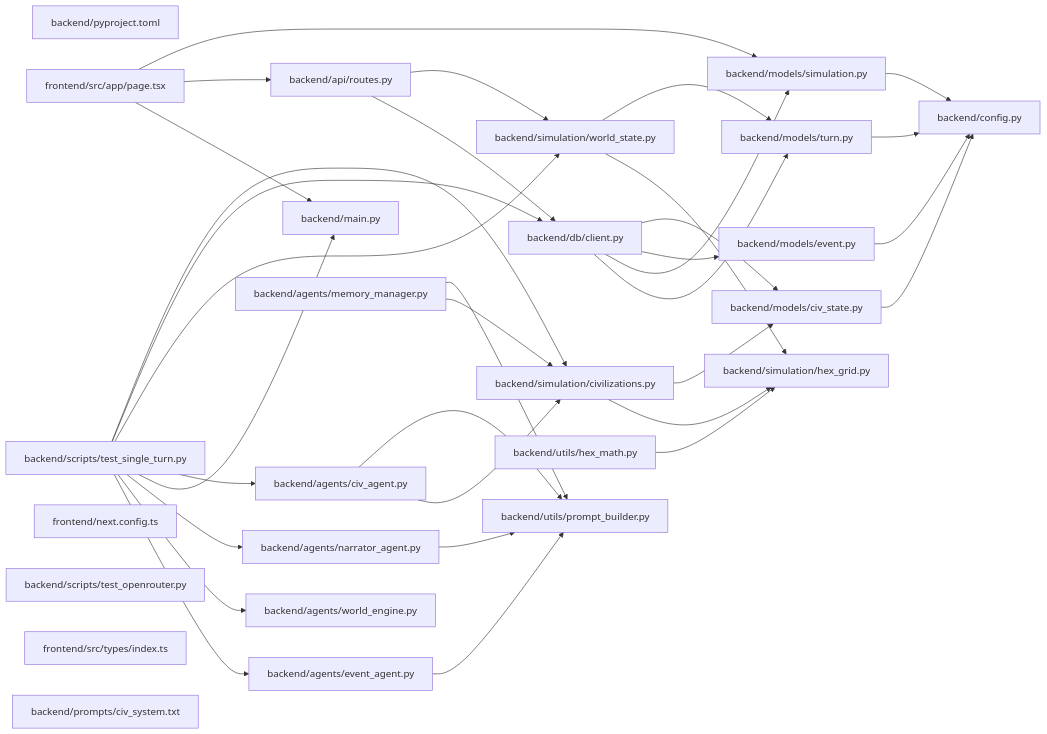
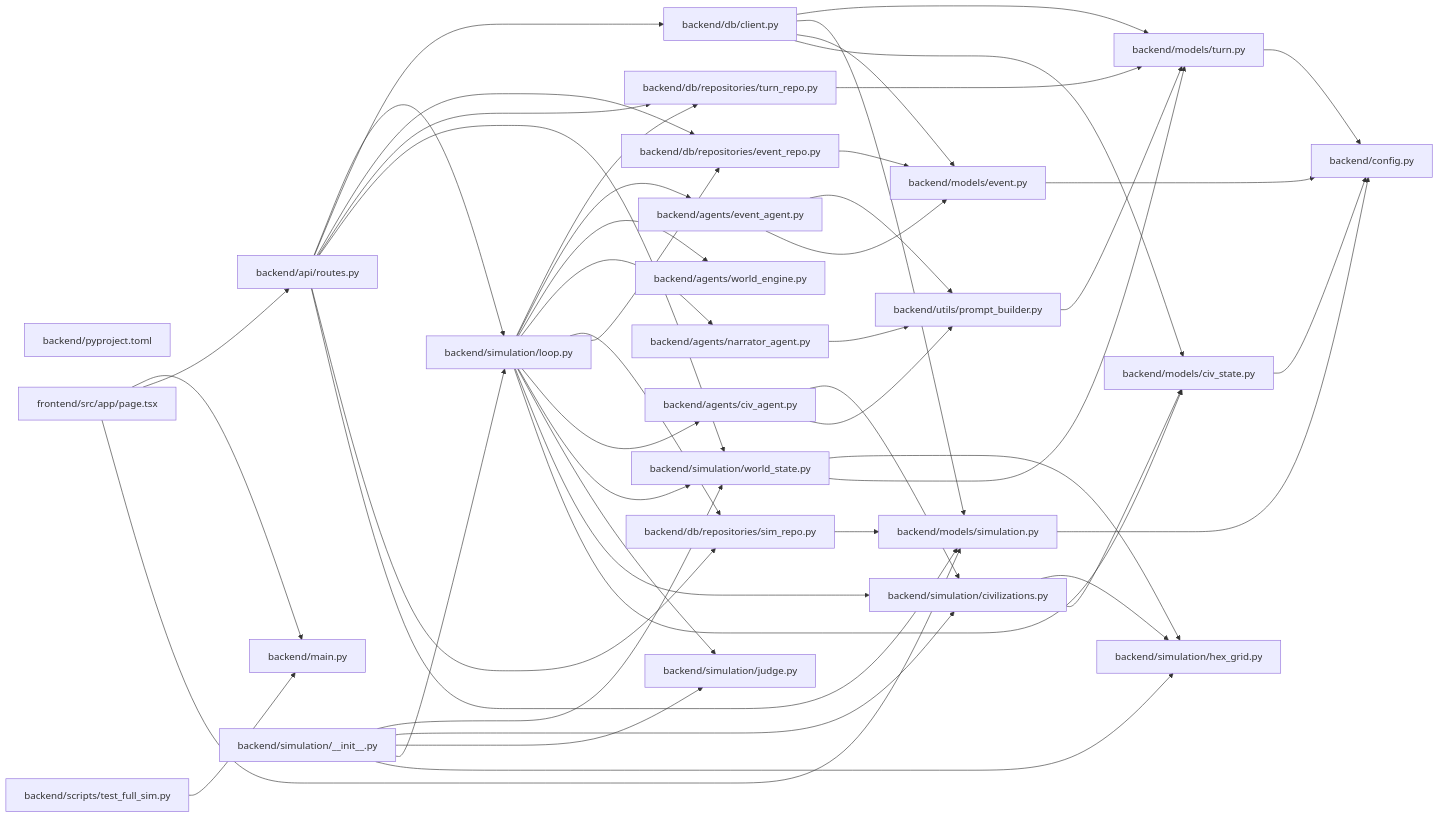
Before and after one commit to madhavv-xd/civilex: the diagram in CONTEXT.md, drawn with Mermaid. The commit also changed other lines of this file and 4 other files, not shown here.

````diff
--- a/CONTEXT.md
+++ b/CONTEXT.md
@@ -658,60 +926,76 @@
 ```mermaid
 graph LR
     f0["backend/models/civ_state.py"]
     f1["backend/models/simulation.py"]
-    f2["backend/main.py"]
-    f3["backend/pyproject.toml"]
+    f2["backend/api/routes.py"]
+    f3["backend/main.py"]
     f4["backend/models/turn.py"]
-    f5["backend/utils/prompt_builder.py"]
+    f5["backend/models/event.py"]
     f6["backend/simulation/civilizations.py"]
     f7["backend/simulation/hex_grid.py"]
     f8["backend/db/client.py"]
-    f9["backend/models/event.py"]
-    f10["backend/api/routes.py"]
-    f11["backend/simulation/world_state.py"]
-    f12["backend/config.py"]
-    f13["frontend/src/app/page.tsx"]
-    f14["backend/agents/civ_agent.py"]
-    f15["backend/agents/event_agent.py"]
-    f16["backend/agents/narrator_agent.py"]
-    f17["backend/agents/world_engine.py"]
-    f18["backend/scripts/test_single_turn.py"]
-    f19["frontend/next.config.ts"]
-    f20["backend/agents/memory_manager.py"]
-    f21["backend/scripts/test_openrouter.py"]
-    f22["backend/utils/hex_math.py"]
-    f23["frontend/src/types/index.ts"]
-    f24["backend/prompts/civ_system.txt"]
-    f0 --> f12
-    f1 --> f12
-    f4 --> f12
+    f9["backend/pyproject.toml"]
+    f10["backend/utils/prompt_builder.py"]
+    f11["backend/simulation/__init__.py"]
+    f12["backend/simulation/world_state.py"]
+    f13["backend/config.py"]
+    f14["backend/db/repositories/event_repo.py"]
+    f15["backend/db/repositories/sim_repo.py"]
+    f16["backend/db/repositories/turn_repo.py"]
+    f17["backend/simulation/loop.py"]
+    f18["frontend/src/app/page.tsx"]
+    f19["backend/simulation/judge.py"]
+    f20["backend/scripts/test_full_sim.py"]
+    f21["backend/agents/civ_agent.py"]
+    f22["backend/agents/event_agent.py"]
+    f23["backend/agents/narrator_agent.py"]
+    f24["backend/agents/world_engine.py"]
+    f0 --> f13
+    f1 --> f13
+    f2 --> f17
+    f2 --> f8
+    f2 --> f14
+    f2 --> f16
+    f2 --> f12
+    f2 --> f15
+    f2 --> f1
+    f4 --> f13
+    f5 --> f13
     f6 --> f7
     f6 --> f0
     f8 --> f4
     f8 --> f1
-    f8 --> f9
+    f8 --> f5
     f8 --> f0
-    f9 --> f12
-    f10 --> f8
-    f10 --> f11
+    f10 --> f4
+    f11 --> f12
+    f11 --> f6
+    f11 --> f19
+    f11 --> f17
     f11 --> f7
-    f11 --> f4
-    f13 --> f2
-    f13 --> f10
-    f13 --> f1
-    f14 --> f6
+    f12 --> f7
+    f12 --> f4
     f14 --> f5
-    f15 --> f5
-    f16 --> f5
-    f18 --> f15
-    f18 --> f17
-    f18 --> f16
+    f15 --> f1
+    f16 --> f4
+    f17 --> f16
+    f17 --> f22
+    f17 --> f24
+    f17 --> f23
+    f17 --> f15
+    f17 --> f14
+    f17 --> f21
+    f17 --> f12
+    f17 --> f19
+    f17 --> f6
+    f17 --> f0
+    f18 --> f3
     f18 --> f2
-    f18 --> f14
-    f18 --> f11
-    f18 --> f8
-    f18 --> f6
-    f20 --> f6
-    f20 --> f5
-    f22 --> f7
+    f18 --> f1
+    f20 --> f3
+    f21 --> f6
+    f21 --> f10
+    f22 --> f10
+    f22 --> f5
+    f23 --> f10
 ```
````
